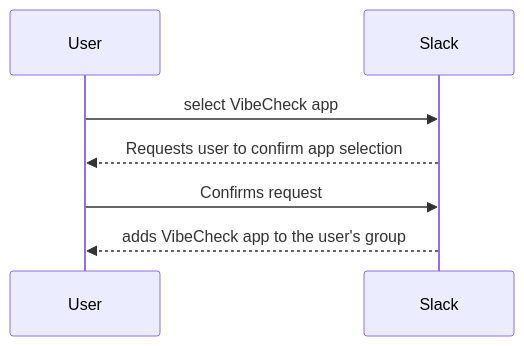
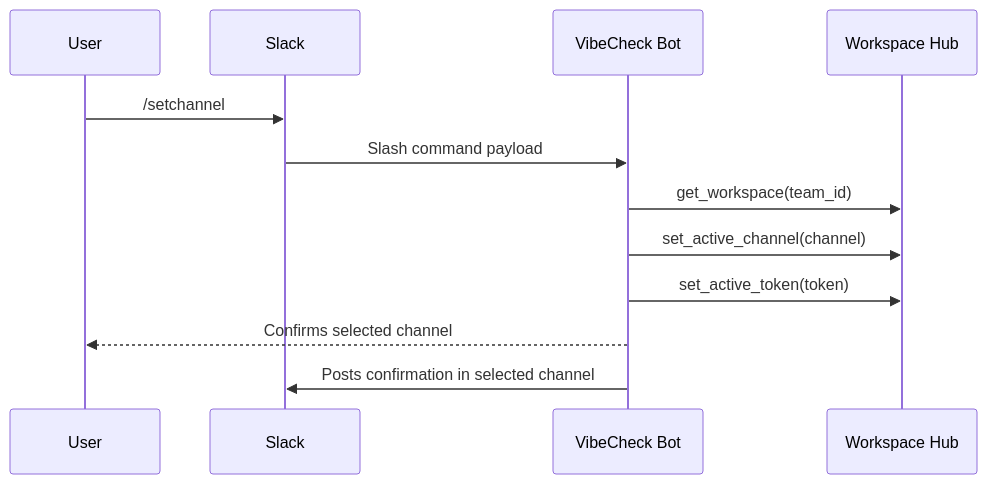
One commit to Capstone-Projects-2026-spring/project-bereal-chatbot changed the second of 5 diagrams in documentation/docs/system-architecture/sequence-diagram.md. Above: the diagram before and after it, drawn with Mermaid. The commit also changed other lines of this file and 1 other file, not shown here.

Commit message:
revised use case descriptions and sequence diagrams

````diff
--- a/documentation/docs/system-architecture/sequence-diagram.md
+++ b/documentation/docs/system-architecture/sequence-diagram.md
@@ -20,10 +29,15 @@
 ```mermaid
 sequenceDiagram
-    
     participant User
     participant Slack
-    User->>Slack: select VibeCheck app
-    Slack-->>User: Requests user to confirm app selection
-    User->>Slack: Confirms request
-    Slack-->>User: adds VibeCheck app to the user's group
+    participant Bot as VibeCheck Bot
+    participant Hub as Workspace Hub
+
+    User->>Slack: /setchannel #channel-name
+    Slack->>Bot: Slash command payload
+    Bot->>Hub: get_workspace(team_id)
+    Bot->>Hub: set_active_channel(channel)
+    Bot->>Hub: set_active_token(token)
+    Bot-->>User: Confirms selected channel
+    Bot->>Slack: Posts confirmation in selected channel
 ```
````
